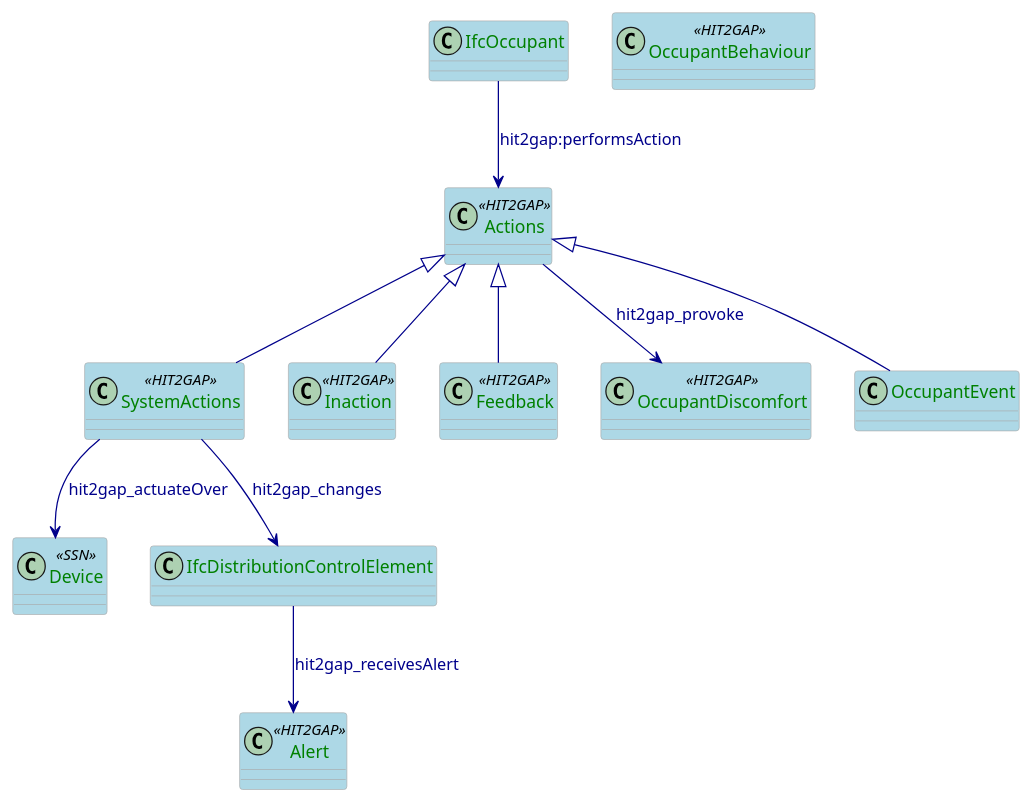
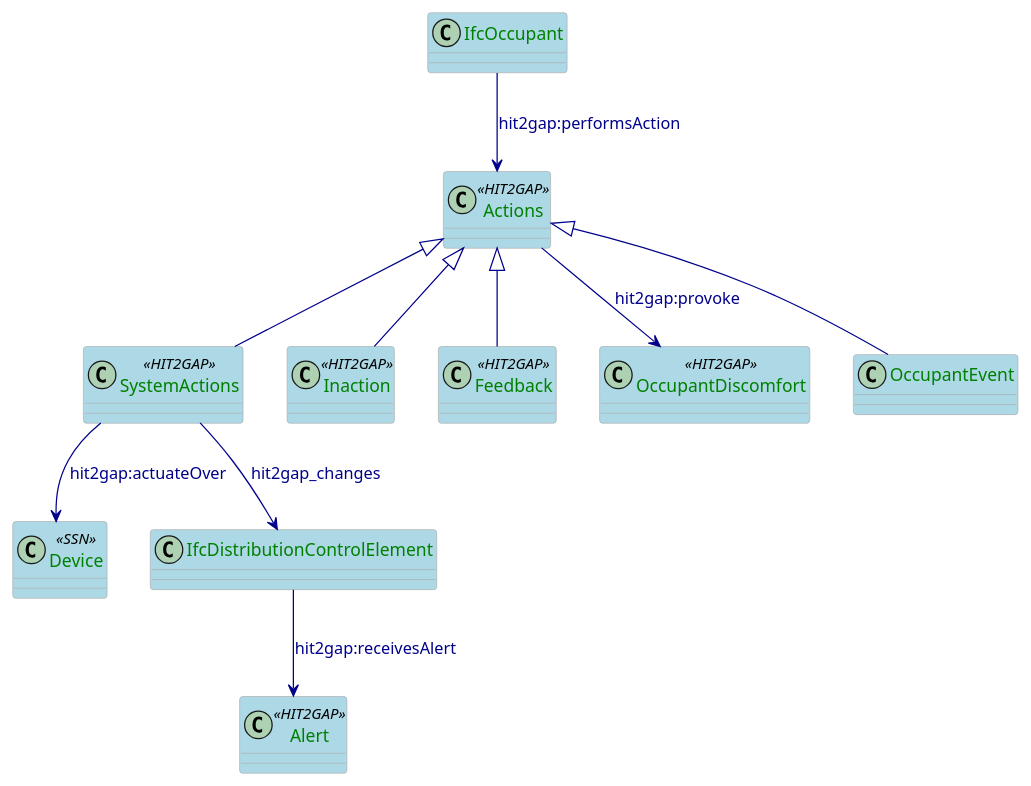
The diagram in docs/plantuml/ActionSpecification.puml (HIT2GAP-EU-PROJECT/BEMOnt), drawn with PlantUML before and after one commit. The commit also changed 45 other files, not shown here.

```diff
--- a/docs/plantuml/ActionSpecification.puml
+++ b/docs/plantuml/ActionSpecification.puml
@@ -1,57 +1,53 @@
 @startuml
 
 skinparam class {
   ArrowColor DarkBlue
   ArrowFontColor DarkBlue
   BackgroundColor LightBlue
   BorderColor DarkGrey
 }
 skinparam stereotypeCBackgroundColor Wheat
 skinparam classAttributeFontColor  Green
 
 class Actions <<HIT2GAP>>{
 
 }
 
 class SystemActions<<HIT2GAP>>{
 
 }
 
 class Device <<SSN>>{
 
 }
 
 class Alert <<HIT2GAP>>{
 
 }
 
 class Inaction <<HIT2GAP>>{
 
 }
 
 class Feedback <<HIT2GAP>>{
 
 }
 
 
-class OccupantBehaviour<<HIT2GAP>>{
-
-}
-
 class OccupantDiscomfort <<HIT2GAP>>{
 
 }
 
 Actions <|-- SystemActions
 Actions <|-- Inaction
 
 Actions <|-- Feedback
 Actions <|-- OccupantEvent
 
-Actions --> OccupantDiscomfort:hit2gap_provoke
+Actions --> OccupantDiscomfort: hit2gap:provoke
 SystemActions --> IfcDistributionControlElement:hit2gap_changes
-IfcDistributionControlElement --> Alert: hit2gap_receivesAlert
-SystemActions --> Device: hit2gap_actuateOver
+IfcDistributionControlElement --> Alert: hit2gap:receivesAlert
+SystemActions --> Device: hit2gap:actuateOver
 IfcOccupant --> Actions: hit2gap:performsAction
 
 @enduml
```
